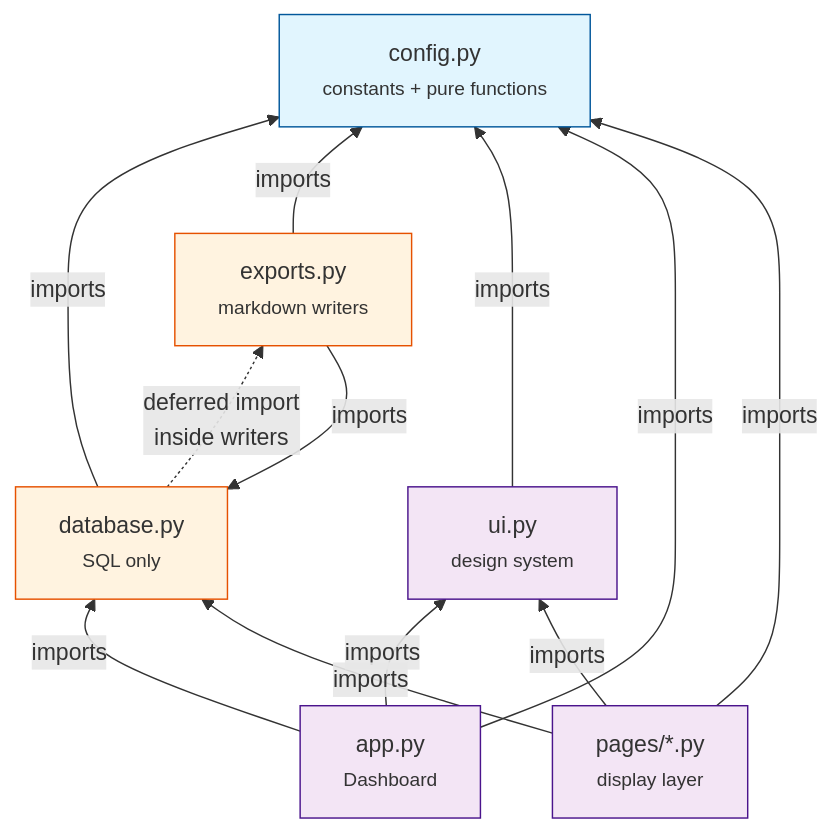
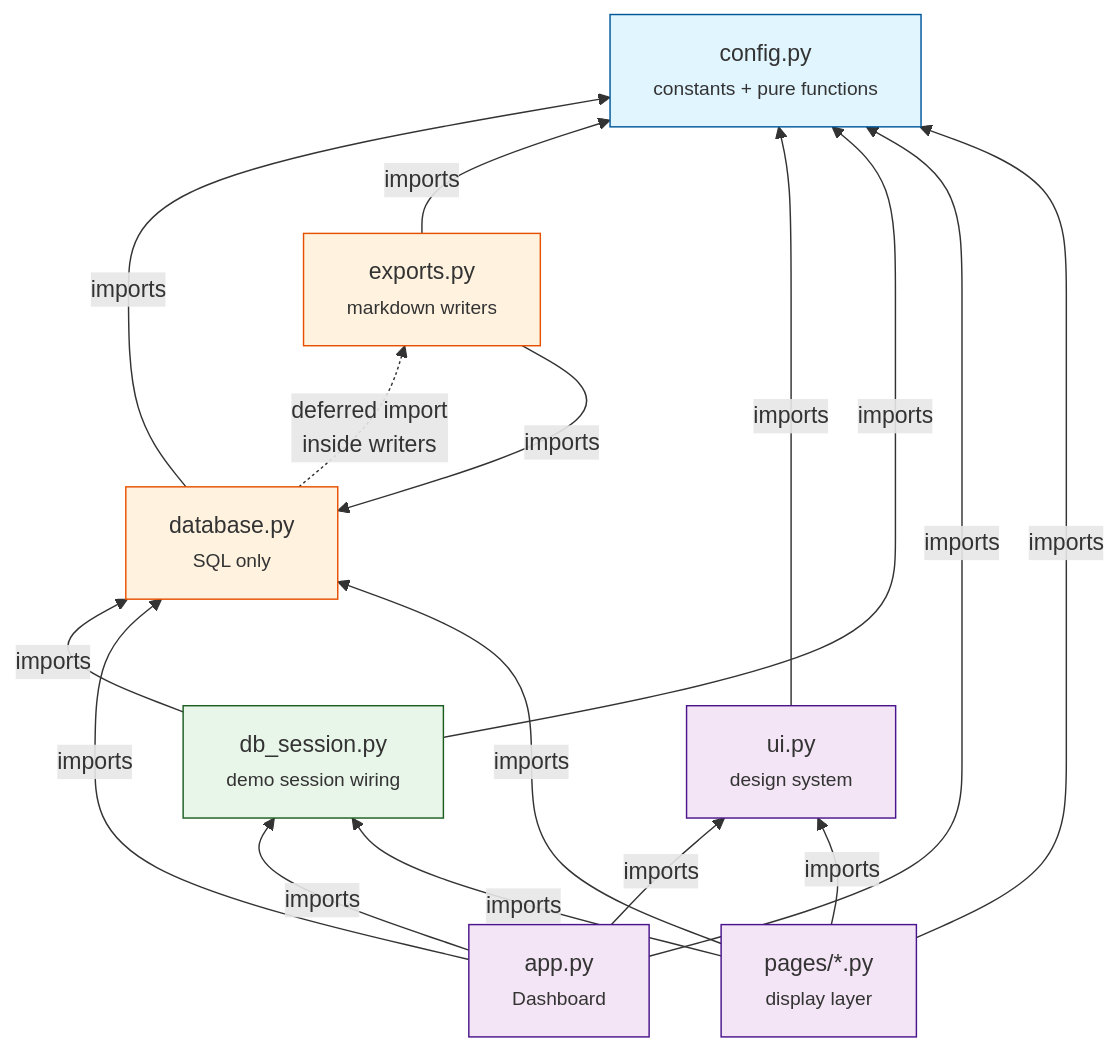
One commit to YuZh98/academic-application-tracker changed the diagram in DESIGN.md. Above: the diagram before and after it, drawn with Mermaid. The commit also changed other lines of this file and 1 other file, not shown here.

````diff
--- a/DESIGN.md
+++ b/DESIGN.md
@@ -47,29 +47,36 @@
 ```mermaid
 flowchart BT
     config[config.py<br/><small>constants + pure functions</small>]
     database[database.py<br/><small>SQL only</small>]
     exports[exports.py<br/><small>markdown writers</small>]
     ui[ui.py<br/><small>design system</small>]
+    db_session[db_session.py<br/><small>demo session wiring</small>]
     pages[pages/*.py<br/><small>display layer</small>]
     app[app.py<br/><small>Dashboard</small>]
 
     database -->|imports| config
     exports -->|imports| config
     exports -->|imports| database
     ui -->|imports| config
+    db_session -->|imports| config
+    db_session -->|imports| database
     app -->|imports| config
     app -->|imports| database
     app -->|imports| ui
+    app -->|imports| db_session
     pages -->|imports| config
     pages -->|imports| database
     pages -->|imports| ui
+    pages -->|imports| db_session
 
     database -.->|deferred import<br/>inside writers| exports
 
     classDef leaf fill:#e1f5fe,stroke:#01579b
     classDef data fill:#fff3e0,stroke:#e65100
     classDef ui fill:#f3e5f5,stroke:#4a148c
+    classDef bridge fill:#e8f5e9,stroke:#1b5e20
     class config leaf
     class database,exports data
     class app,pages,ui ui
+    class db_session bridge
 ```
````
